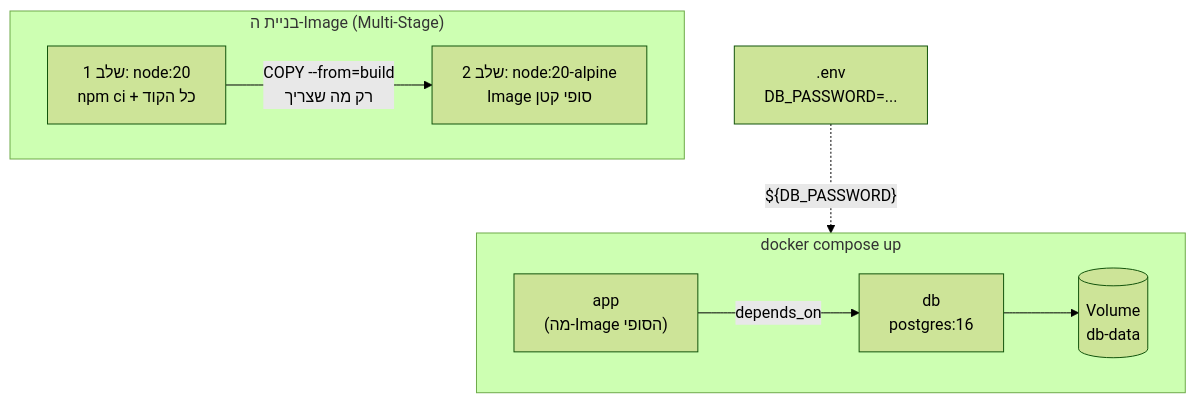
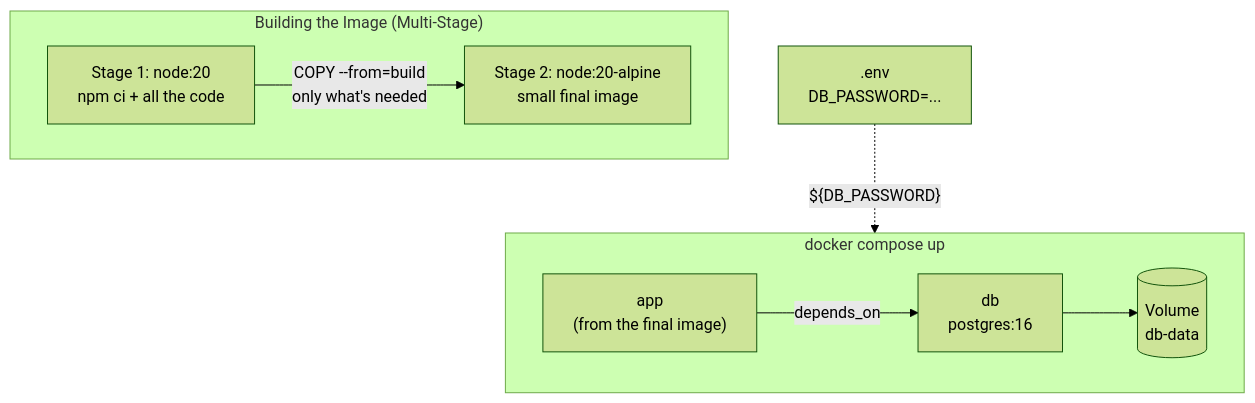
The diagram in content/docs/docker/110-docker-capstone-project-content.md (neriyaMalachi/FullStack_kodkode_5), drawn with Mermaid (forest theme) before and after one commit. The commit also changed other lines of this file and 117 other files, not shown here.

````diff
--- a/content/docs/docker/110-docker-capstone-project-content.md
+++ b/content/docs/docker/110-docker-capstone-project-content.md
@@ -69,11 +69,11 @@
 ```mermaid
 flowchart TB
-    subgraph Build["בניית ה-Image (Multi-Stage)"]
-        S1["שלב 1: node:20<br/>npm ci + כל הקוד"] -->|"COPY --from=build<br/>רק מה שצריך"| S2["שלב 2: node:20-alpine<br/>Image סופי קטן"]
+    subgraph Build["Building the Image (Multi-Stage)"]
+        S1["Stage 1: node:20<br/>npm ci + all the code"] -->|"COPY --from=build<br/>only what's needed"| S2["Stage 2: node:20-alpine<br/>small final image"]
     end
     ENV[".env<br/>DB_PASSWORD=..."] -.->|"${DB_PASSWORD}"| COMPOSE
     subgraph COMPOSE["docker compose up"]
-        APP["app<br/>(מה-Image הסופי)"] -->|"depends_on"| DB["db<br/>postgres:16"]
+        APP["app<br/>(from the final image)"] -->|"depends_on"| DB["db<br/>postgres:16"]
         DB --> VOL[("Volume<br/>db-data")]
     end
 ```
````
